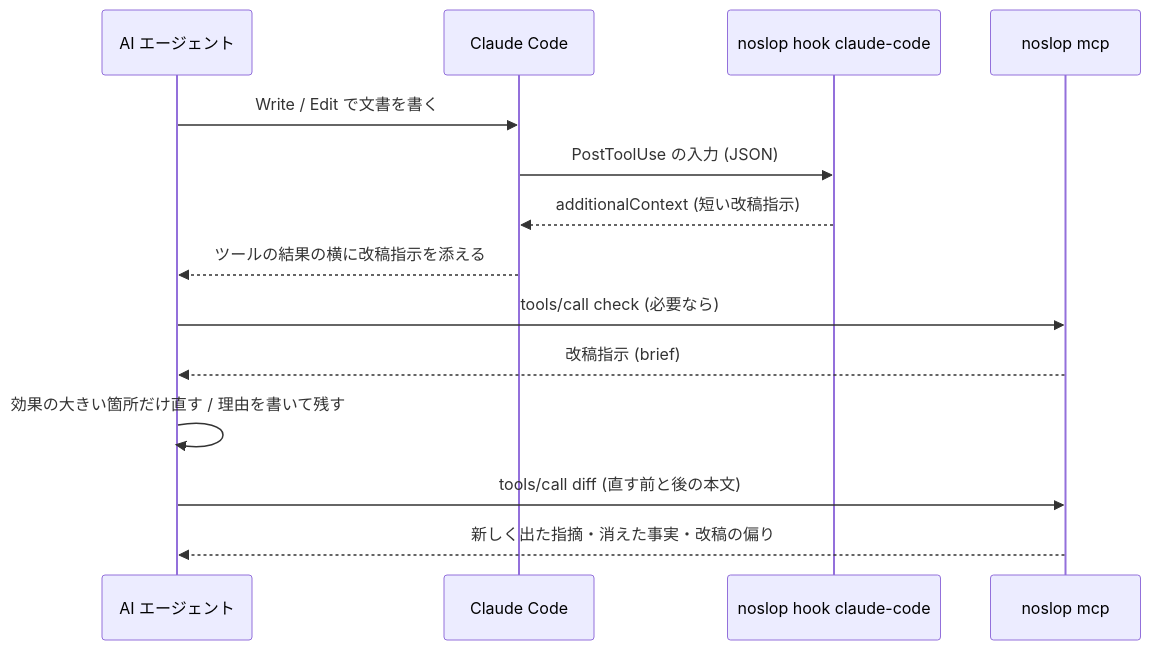
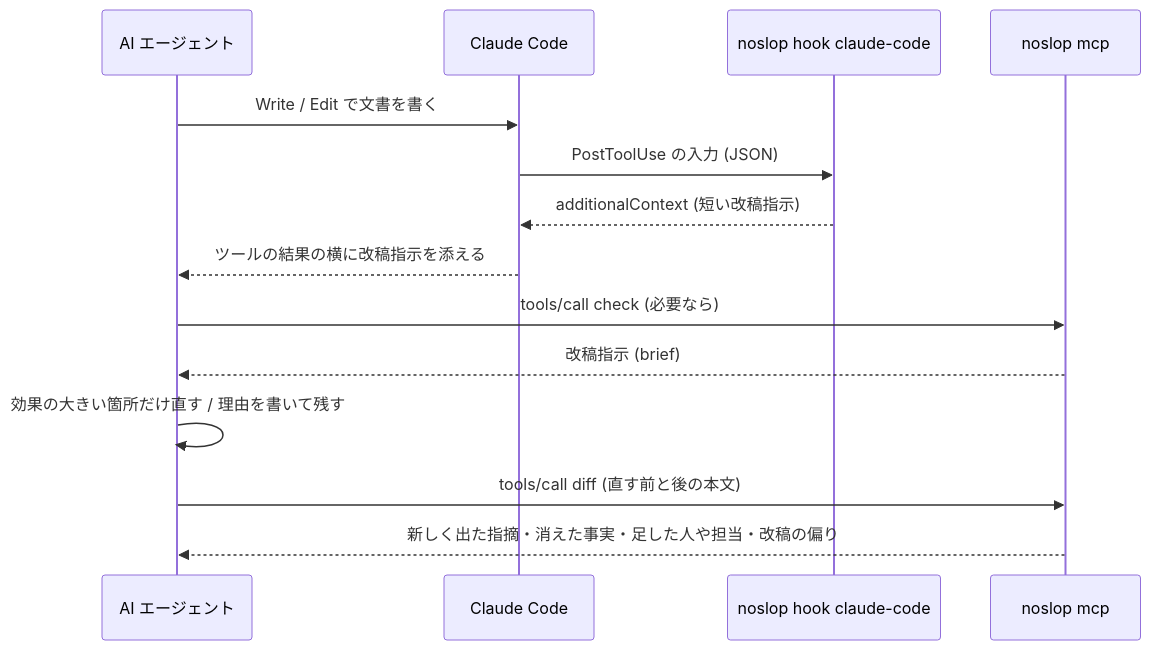
One commit to owayo/noslop changed the diagram in docs/integrations.md. Above: the diagram before and after it, drawn with Mermaid. The commit also changed other lines of this file and 35 other files, not shown here.

````diff
--- a/docs/integrations.md
+++ b/docs/integrations.md
@@ -17,17 +17,17 @@
 ```mermaid
 sequenceDiagram
     participant Agent as AI エージェント
     participant CC as Claude Code
     participant Hook as noslop hook claude-code
     participant MCP as noslop mcp
 
     Agent->>CC: Write / Edit で文書を書く
     CC->>Hook: PostToolUse の入力 (JSON)
     Hook-->>CC: additionalContext (短い改稿指示)
     CC-->>Agent: ツールの結果の横に改稿指示を添える
     Agent->>MCP: tools/call check (必要なら)
     MCP-->>Agent: 改稿指示 (brief)
     Agent->>Agent: 効果の大きい箇所だけ直す / 理由を書いて残す
     Agent->>MCP: tools/call diff (直す前と後の本文)
-    MCP-->>Agent: 新しく出た指摘・消えた事実・改稿の偏り
+    MCP-->>Agent: 新しく出た指摘・消えた事実・足した人や担当・改稿の偏り
 ```
````
